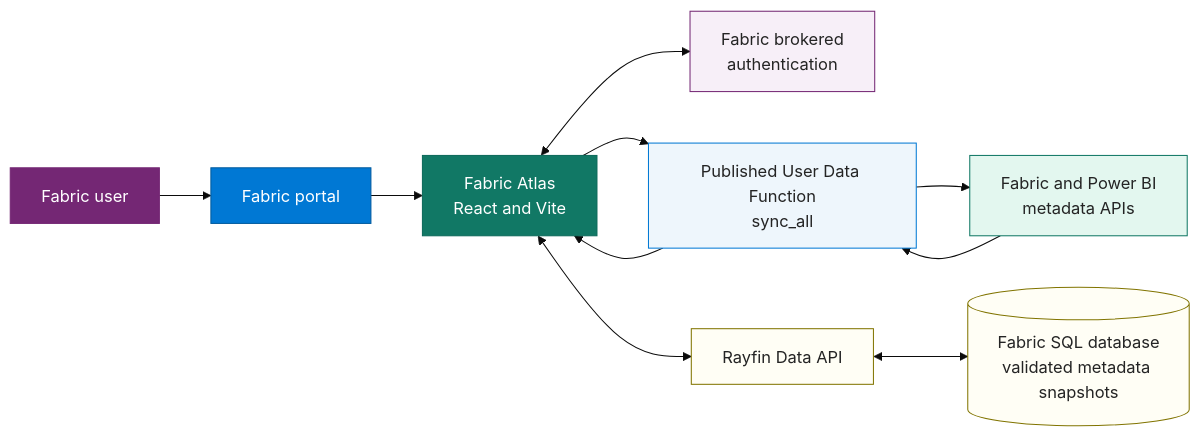
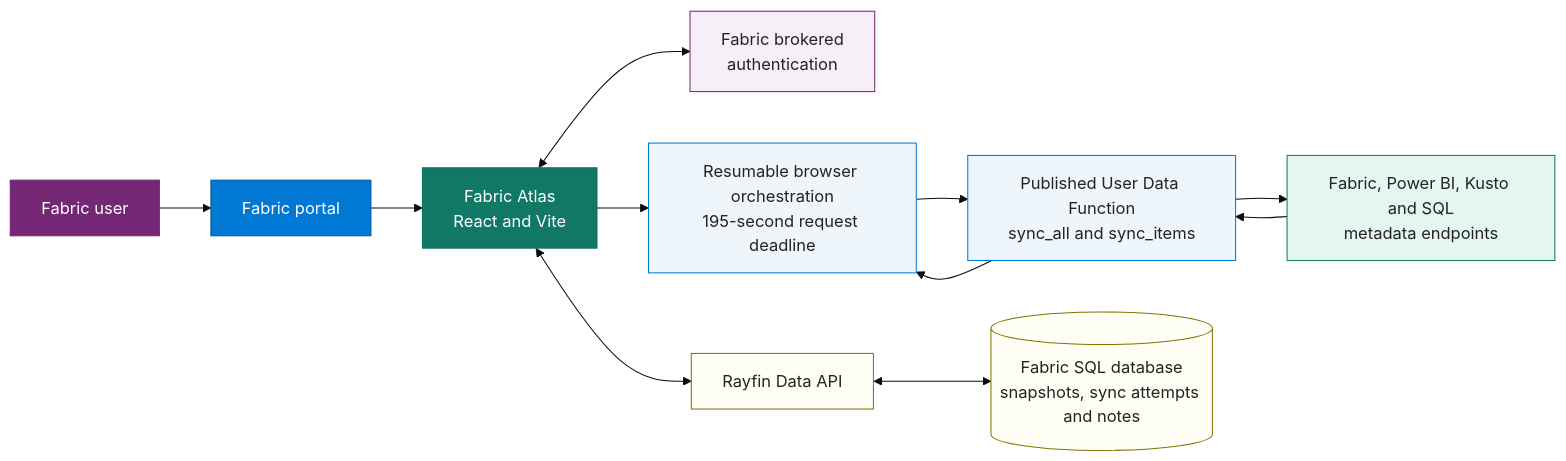
The first of 2 diagrams in docs/fabric-atlas-whitepaper.md (fredgis/FabricAtlas), drawn with Mermaid (base theme) before and after one commit. The commit also changed other lines of this file and 23 other files, not shown here.

````diff
--- a/docs/fabric-atlas-whitepaper.md
+++ b/docs/fabric-atlas-whitepaper.md
@@ -443,28 +449,29 @@
 ```mermaid
 flowchart LR
   U["Fabric user"] --> P["Fabric portal"]
   P --> A["Fabric Atlas\nReact and Vite"]
   A <--> AUTH["Fabric brokered\nauthentication"]
-  A --> UDF["Published User Data Function\nsync_all"]
-  UDF --> API["Fabric and Power BI\nmetadata APIs"]
+  A --> O["Resumable browser orchestration\n195-second request deadline"]
+  O --> UDF["Published User Data Function\nsync_all and sync_items"]
+  UDF --> API["Fabric, Power BI, Kusto and SQL\nmetadata endpoints"]
   API --> UDF
-  UDF --> A
+  UDF --> O
   A <--> DATA["Rayfin Data API"]
-  DATA <--> DB[("Fabric SQL database\nvalidated metadata snapshots")]
+  DATA <--> DB[("Fabric SQL database\nsnapshots, sync attempts and notes")]
 
   classDef user fill:#742774,stroke:#742774,color:#ffffff;
   classDef portal fill:#0078d4,stroke:#005a9e,color:#ffffff;
   classDef app fill:#117865,stroke:#0c695a,color:#ffffff;
   classDef auth fill:#f7eff8,stroke:#742774,color:#242424;
   classDef function fill:#eef6fc,stroke:#0078d4,color:#242424;
   classDef api fill:#e3f7ef,stroke:#117865,color:#242424;
   classDef data fill:#fffef5,stroke:#817400,color:#242424;
 
   class U user;
   class P portal;
   class A app;
   class AUTH auth;
-  class UDF function;
+  class O,UDF function;
   class API api;
   class DATA,DB data;
 ```
````
